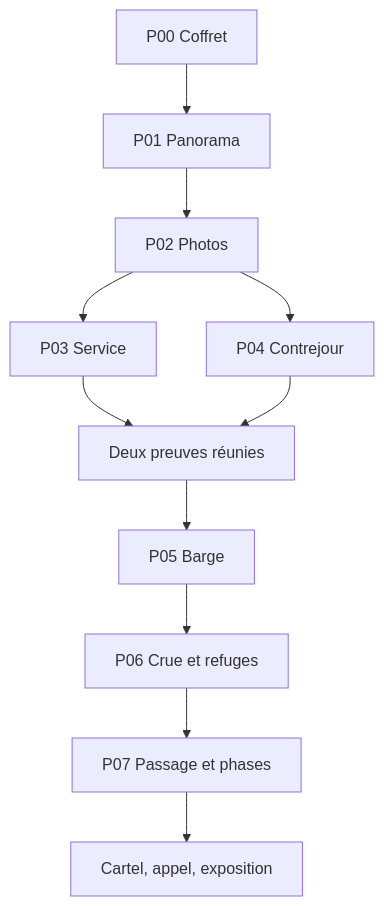
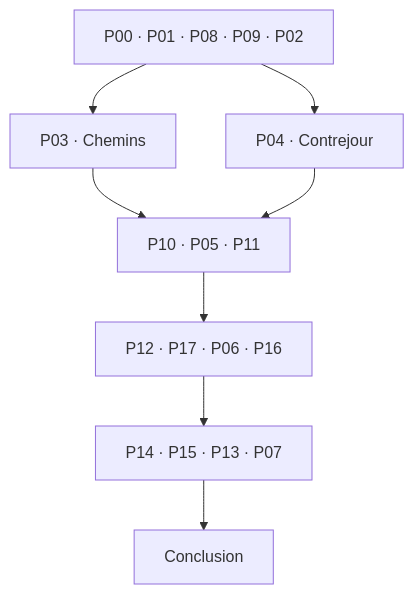
The diagram in MASTER_PLAN.md (ln549283/project_4), drawn with Mermaid before and after one commit. The commit also changed other lines of this file and 63 other files, not shown here.

````diff
--- a/MASTER_PLAN.md
+++ b/MASTER_PLAN.md
@@ -78,13 +81,10 @@
 ```mermaid
 flowchart TD
-  P00["P00 Coffret"] --> P01["P01 Panorama"]
-  P01 --> P02["P02 Photos"]
-  P02 --> P03["P03 Service"]
-  P02 --> P04["P04 Contrejour"]
-  P03 --> J["Deux preuves réunies"]
-  P04 --> J
-  J --> P05["P05 Barge"]
-  P05 --> P06["P06 Crue et refuges"]
-  P06 --> P07["P07 Passage et phases"]
-  P07 --> E["Cartel, appel, exposition"]
+ A["P00 · P01 · P08 · P09 · P02"] --> B["P03 · Chemins"]
+ A --> C["P04 · Contrejour"]
+ B --> D["P10 · P05 · P11"]
+ C --> D
+ D --> E["P12 · P17 · P06 · P16"]
+ E --> F["P14 · P15 · P13 · P07"]
+ F --> G["Conclusion"]
 ```
````
